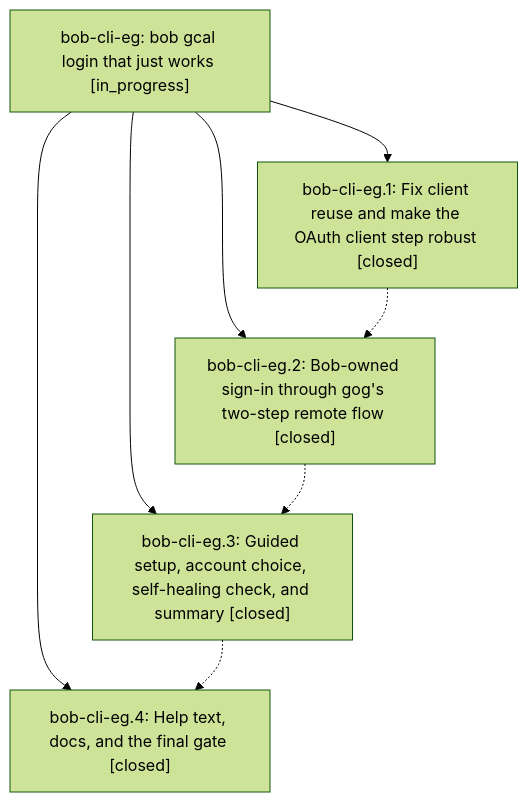
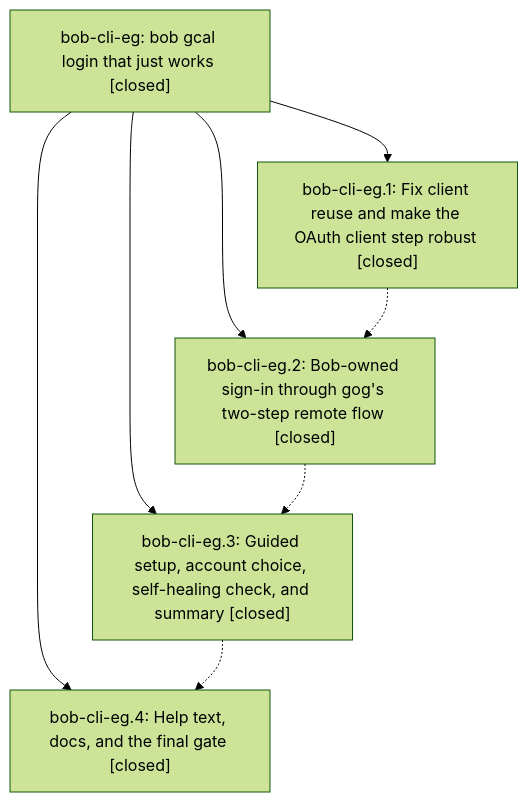
One commit to bobs-org/bob-cli--beads changed the diagram in pages/bob-cli-eg/README.md. Above: the diagram before and after it, drawn with Mermaid (forest theme). The commit also changed other lines of this file and 1 other file, not shown here.

First line of the commit message:
chore(beads): sync bead state and pages for bob-cli-eg

````diff
--- a/pages/bob-cli-eg/README.md
+++ b/pages/bob-cli-eg/README.md
@@ -47,15 +75,15 @@
 ```mermaid
 flowchart TD
-    n0["bob-cli-eg: bob gcal login that just works [in_progress]"]
+    n0["bob-cli-eg: bob gcal login that just works [closed]"]
     n1["bob-cli-eg.1: Fix client reuse and make the OAuth client step robust [closed]"]
     n2["bob-cli-eg.2: Bob-owned sign-in through gog's two-step remote flow [closed]"]
     n3["bob-cli-eg.3: Guided setup, account choice, self-healing check, and summary [closed]"]
     n4["bob-cli-eg.4: Help text, docs, and the final gate [closed]"]
     n0 --> n1
     n0 --> n2
     n0 --> n3
     n0 --> n4
     n1 -.-> n2
     n2 -.-> n3
     n3 -.-> n4
 ```
````
